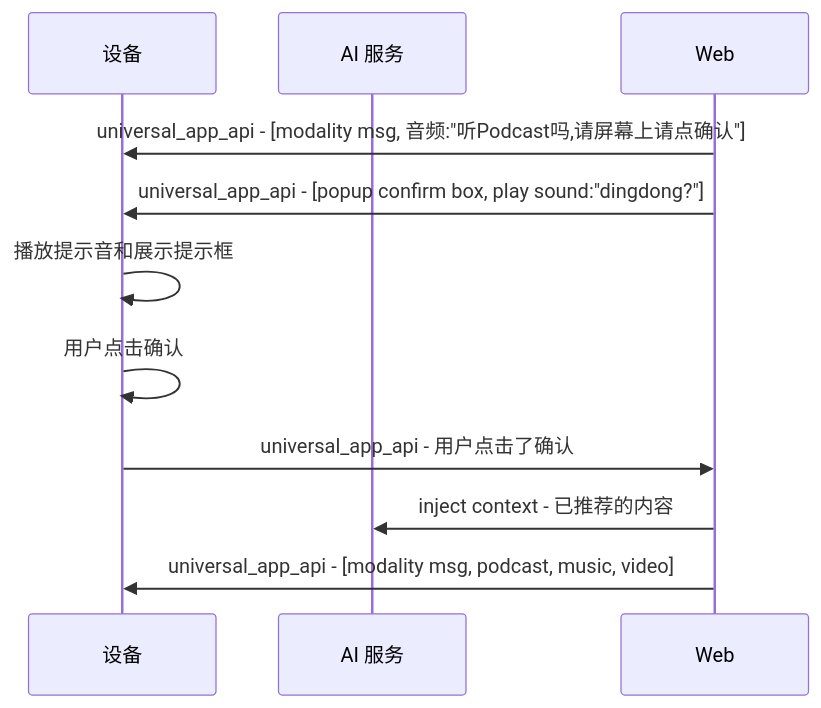
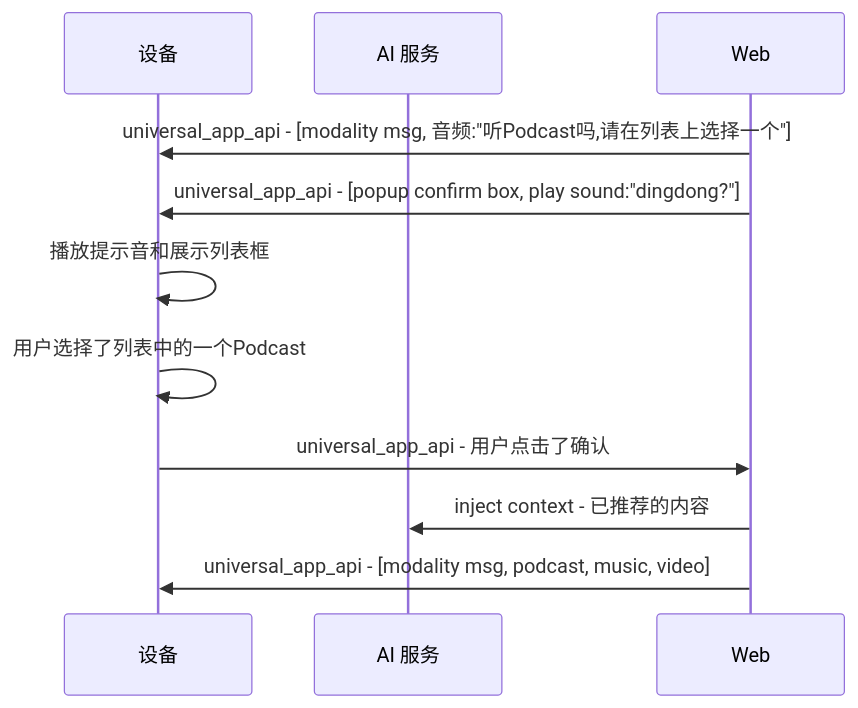
Before and after one commit to shaojun/open_docs: the third of 9 diagrams in projects/commercial/USER_STORY.md, drawn with Mermaid.

````diff
--- a/projects/commercial/USER_STORY.md
+++ b/projects/commercial/USER_STORY.md
@@ -37,12 +37,12 @@
 ```mermaid
 sequenceDiagram
     participant Device as 设备
     participant AIService as AI 服务
-    Web->>Device: universal_app_api - [modality msg, 音频:"听Podcast吗,请屏幕上请点确认"] 
+    Web->>Device: universal_app_api - [modality msg, 音频:"听Podcast吗,请在列表上选择一个"] 
     Web->>Device: universal_app_api - [popup confirm box, play sound:"dingdong?"]
-    Device->>Device: 播放提示音和展示提示框
-    Device->>Device: 用户点击确认
+    Device->>Device: 播放提示音和展示列表框
+    Device->>Device: 用户选择了列表中的一个Podcast
     Device->>Web: universal_app_api - 用户点击了确认
     Web->>AIService: inject context - 已推荐的内容  
     Web->>Device: universal_app_api - [modality msg, podcast, music, video]
 ```
````
